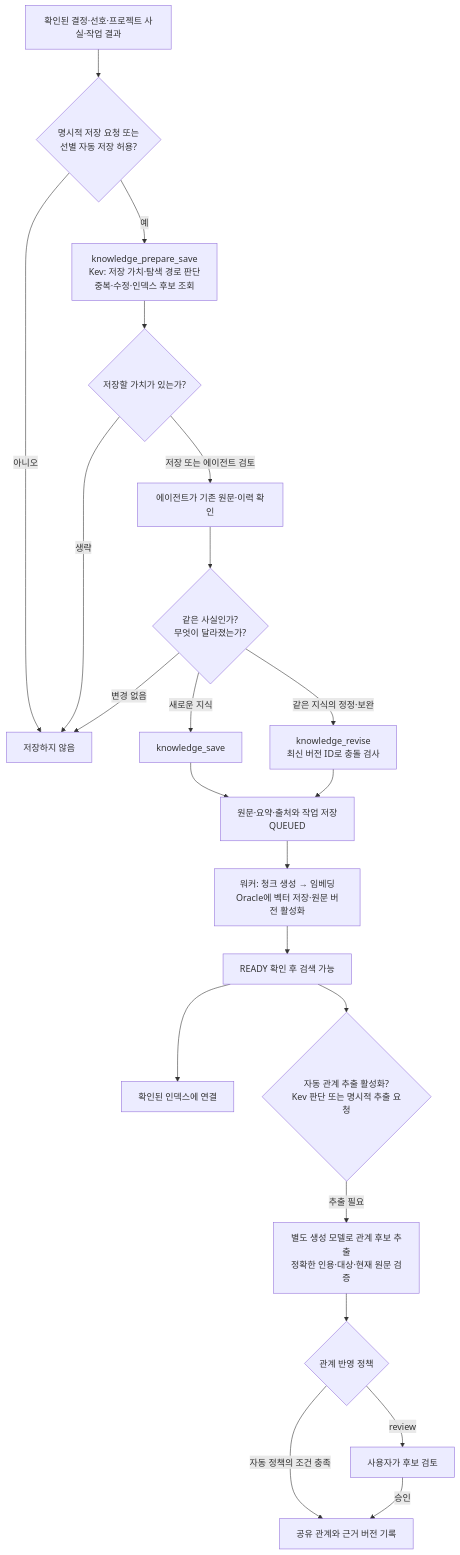
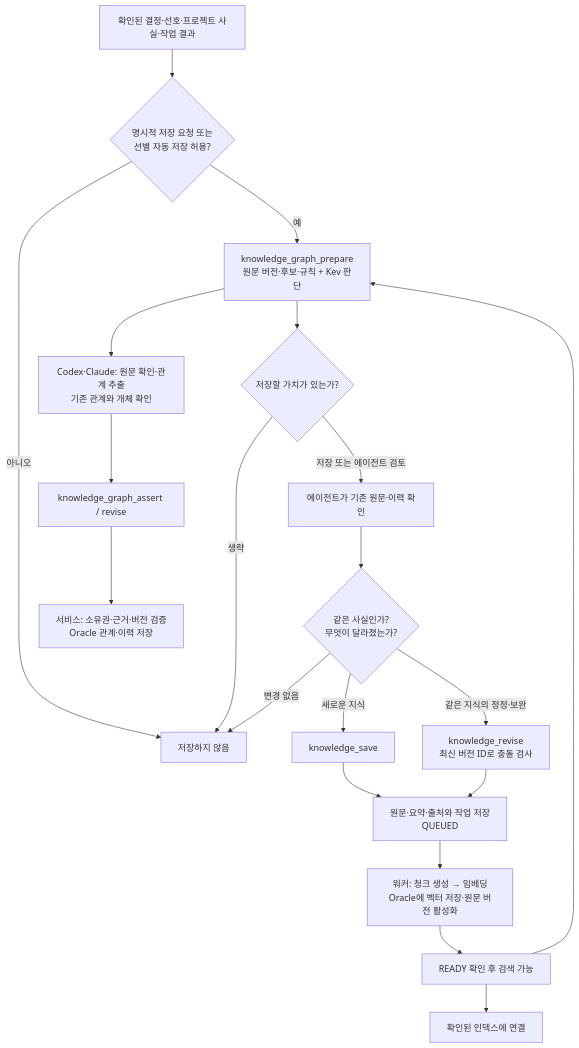
One commit to devmrko/adb-agent-knowledge changed the second of 3 diagrams in README.md. Above: the diagram before and after it, drawn with Mermaid. The commit also changed other lines of this file and 26 other files, not shown here.

Commit message:
feat: default v2 to agent-led graph extraction while retaining Kev

````diff
--- a/README.md
+++ b/README.md
@@ -73,24 +91,22 @@
 ```mermaid
 flowchart TD
     Candidate["확인된 결정·선호·프로젝트 사실·작업 결과"] --> Consent{"명시적 저장 요청 또는<br/>선별 자동 저장 허용?"}
     Consent -->|아니오| Stop["저장하지 않음"]
     Consent -->|예| Prepare["knowledge_prepare_save<br/>Kev: 저장 가치·탐색 경로 판단<br/>중복·수정·인덱스 후보 조회"]
     Prepare --> Worth{"저장할 가치가 있는가?"}
     Worth -->|생략| Stop
     Worth -->|저장 또는 에이전트 검토| Inspect["에이전트가 기존 원문·이력 확인"]
     Inspect --> Choice{"같은 사실인가?<br/>무엇이 달라졌는가?"}
     Choice -->|변경 없음| Stop
     Choice -->|새로운 지식| Save["knowledge_save"]
     Choice -->|같은 지식의 정정·보완| Revise["knowledge_revise<br/>최신 버전 ID로 충돌 검사"]
     Save --> Queue["원문·요약·출처와 작업 저장<br/>QUEUED"]
     Revise --> Queue
     Queue --> Worker["워커: 청크 생성 → 임베딩<br/>Oracle에 벡터 저장·원문 버전 활성화"]
     Worker --> Ready["READY 확인 후 검색 가능"]
     Ready --> Index["확인된 인덱스에 연결"]
-    Ready --> Auto{"자동 관계 추출 활성화?<br/>Kev 판단 또는 명시적 추출 요청"}
-    Auto -->|추출 필요| Extract["별도 생성 모델로 관계 후보 추출<br/>정확한 인용·대상·현재 원문 검증"]
-    Extract --> Policy{"관계 반영 정책"}
-    Policy -->|review| Review["사용자가 후보 검토"]
-    Policy -->|자동 정책의 조건 충족| Publish["공유 관계와 근거 버전 기록"]
-    Review -->|승인| Publish
+    Ready --> Prepare["knowledge_graph_prepare<br/>원문 버전·후보·규칙 + Kev 판단"]
+    Prepare --> AgentGraph["Codex·Claude: 원문 확인·관계 추출<br/>기존 관계와 개체 확인"]
+    AgentGraph --> Assert["knowledge_graph_assert / revise"]
+    Assert --> Publish["서비스: 소유권·근거·버전 검증<br/>Oracle 관계·이력 저장"]
 ```
````
